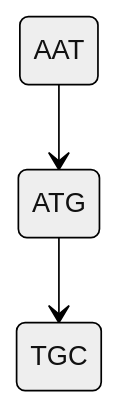
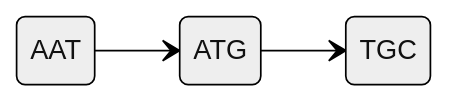
Before and after one commit to mariogualsaquigomez/DNASequencing_Project_KAUST2025: the second of 2 diagrams in Problem28/EXPLANATION.MD, drawn with Mermaid (neutral theme).

Commit message:
Exercise 34 and 35, Code. AND MD EXPLANATION

````diff
--- a/Problem28/EXPLANATION.MD
+++ b/Problem28/EXPLANATION.MD
@@ -135,5 +135,6 @@
 ```mermaid
 stateDiagram-v2
+    direction LR
     AAT --> ATG
     ATG --> TGC
 ```
````
